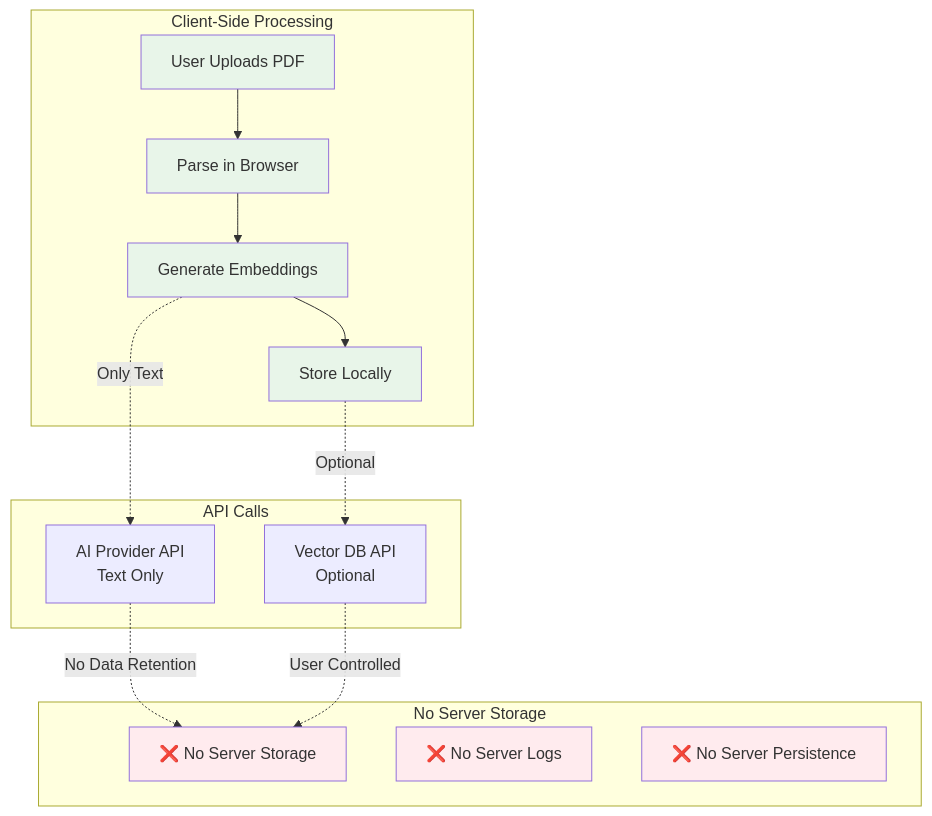
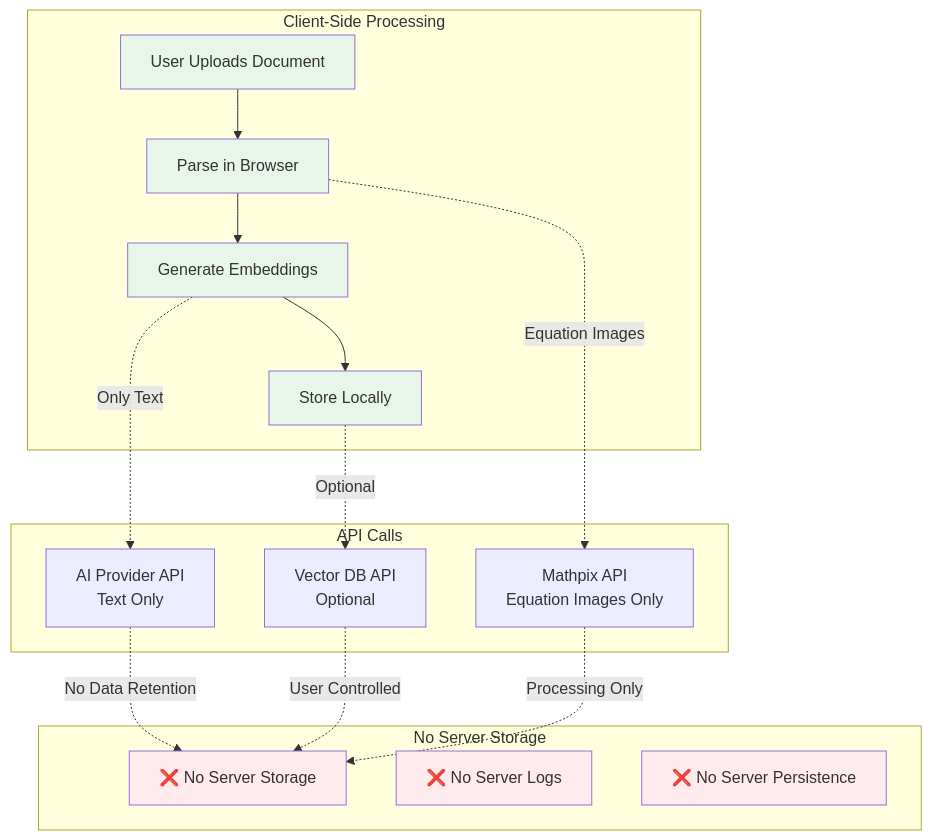
Before and after one commit to Kedhareswer/QuantumPDF_ChatApp_VectorDB: diagram 16 of 16 in docs/ARCHITECTURE_FLOWS.md, drawn with Mermaid. The commit also changed other lines of this file and 58 other files, not shown here.

````diff
--- a/docs/ARCHITECTURE_FLOWS.md
+++ b/docs/ARCHITECTURE_FLOWS.md
@@ -819,39 +863,42 @@
 ```mermaid
 graph TB
     subgraph "Client-Side Processing"
-        UPLOAD[User Uploads PDF]
+        UPLOAD[User Uploads Document]
         PARSE[Parse in Browser]
         EMBED[Generate Embeddings]
         STORE[Store Locally]
     end
 
     subgraph "API Calls"
         AI_API[AI Provider API<br/>Text Only]
         VDB_API[Vector DB API<br/>Optional]
+        MATHPIX_API[Mathpix API<br/>Equation Images Only]
     end
 
     subgraph "No Server Storage"
         NO_SERVER[❌ No Server Storage]
         NO_LOGS[❌ No Server Logs]
         NO_PERSIST[❌ No Server Persistence]
     end
 
     UPLOAD --> PARSE
     PARSE --> EMBED
 
     EMBED -.->|Only Text| AI_API
     EMBED --> STORE
 
     STORE -.->|Optional| VDB_API
+    PARSE -.->|Equation Images| MATHPIX_API
 
     AI_API -.->|No Data Retention| NO_SERVER
     VDB_API -.->|User Controlled| NO_SERVER
+    MATHPIX_API -.->|Processing Only| NO_SERVER
 
     style UPLOAD fill:#e8f5e9
     style PARSE fill:#e8f5e9
     style EMBED fill:#e8f5e9
     style STORE fill:#e8f5e9
     style NO_SERVER fill:#ffebee
     style NO_LOGS fill:#ffebee
     style NO_PERSIST fill:#ffebee
 ```
````
